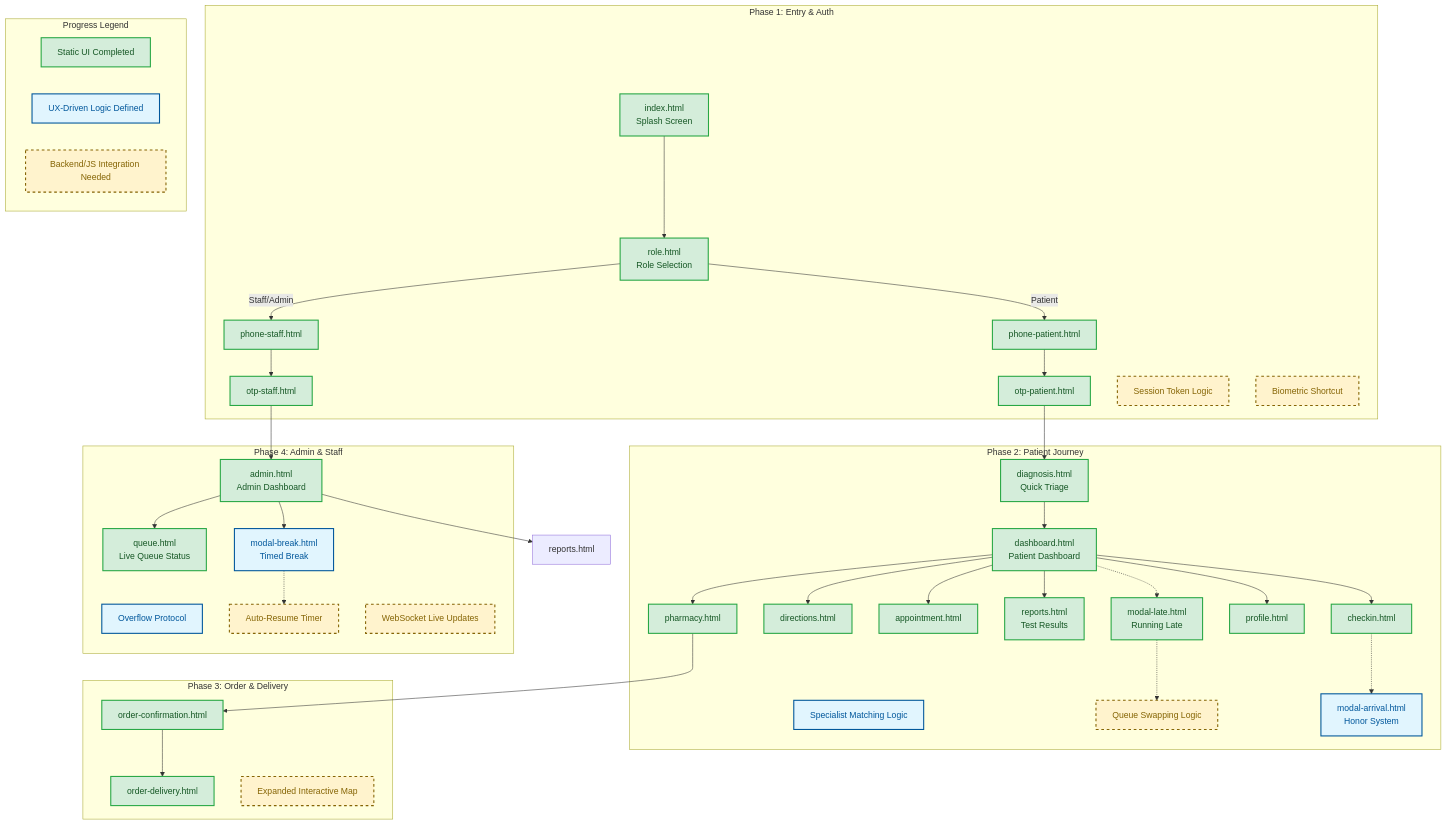
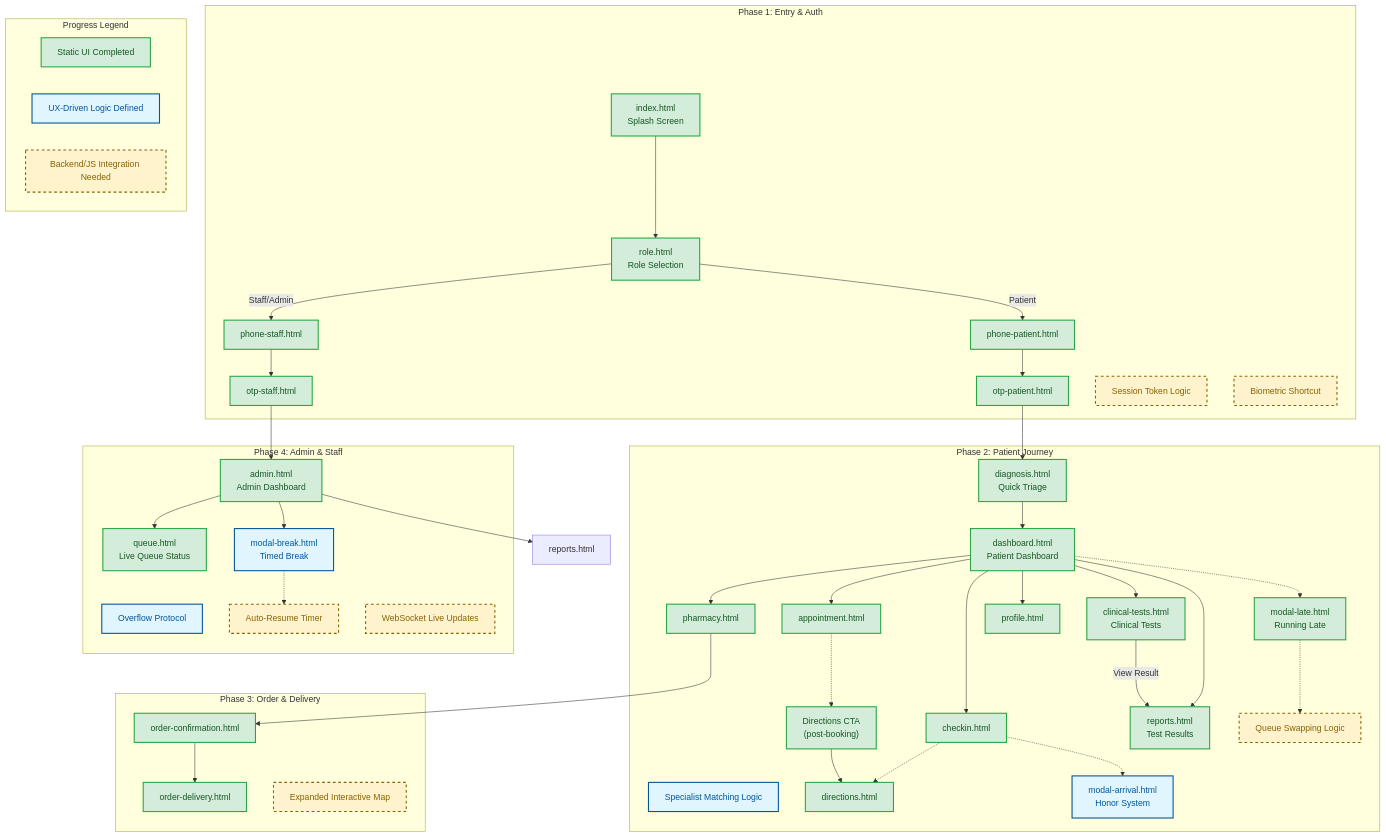
One commit to adithyaekanayaka/adithyaekanayaka.github.io changed the diagram in ARCHITECTURE.md. Above: the diagram before and after it, drawn with Mermaid. The commit also changed other lines of this file and 5 other files, not shown here.

First line of the commit message:
feat: Enhance patient journey with Clinical Tests feature and contextual directions

```diff
--- a/ARCHITECTURE.md
+++ b/ARCHITECTURE.md
@@ -33,6 +33,8 @@
         CheckIn[checkin.html]:::completed
         Directions[directions.html]:::completed
         Appts[appointment.html]:::completed
+        ApptDirections["Directions CTA<br/>(post-booking)"]:::completed
+        ClinTests[clinical-tests.html<br/>Clinical Tests]:::completed
         Reports[reports.html<br/>Test Results]:::completed
         Pharm[pharmacy.html]:::completed
         Profile[profile.html]:::completed
@@ -64,7 +66,12 @@
     Role -->|Staff/Admin| SPhone --> SOTP --> AdminD
     
     Diag --> Dash
-    Dash --> CheckIn & Directions & Appts & Reports & Pharm & Profile
+    Dash --> CheckIn & Appts & ClinTests & Reports & Pharm & Profile
+    CheckIn -.-> Directions
+    Appts -.-> ApptDirections
+    ApptDirections --> Directions
+    
+    ClinTests -->|View Result| Reports
     
     CheckIn -.-> Honor
     Dash -.-> Late
```
